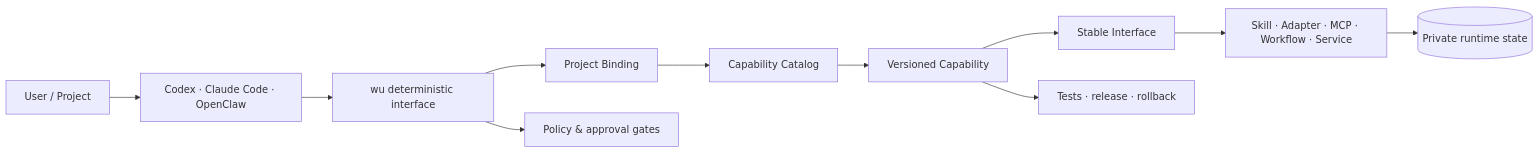
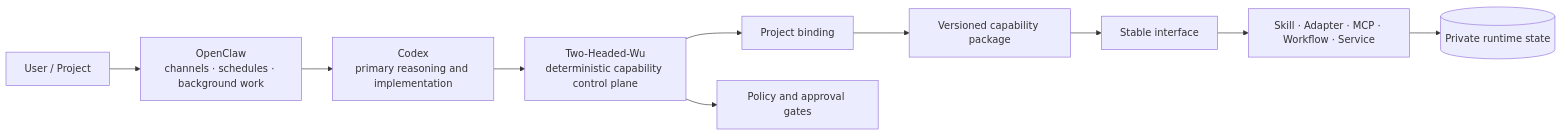
The diagram in README.md (gyy489/two-head-wu), drawn with Mermaid before and after one commit. The commit also changed other lines of this file and 21 other files, not shown here.

````diff
--- a/README.md
+++ b/README.md
@@ -15,14 +21,12 @@
 ```mermaid
 flowchart LR
-    U[User / Project] --> A[Codex · Claude Code · OpenClaw]
-    A --> W[wu deterministic interface]
-    W --> B[Project Binding]
-    B --> C[Capability Catalog]
-    C --> P[Versioned Capability]
-    P --> I[Stable Interface]
+    U[User / Project] --> O[OpenClaw<br/>channels · schedules · background work]
+    O --> C[Codex<br/>primary reasoning and implementation]
+    C --> W[Two-Headed-Wu<br/>deterministic capability control plane]
+    W --> B[Project binding]
+    B --> P[Versioned capability package]
+    P --> I[Stable interface]
     I --> X[Skill · Adapter · MCP · Workflow · Service]
-
-    W --> G[Policy & approval gates]
-    P --> R[Tests · release · rollback]
+    W --> G[Policy and approval gates]
     X --> S[(Private runtime state)]
 ```
````
